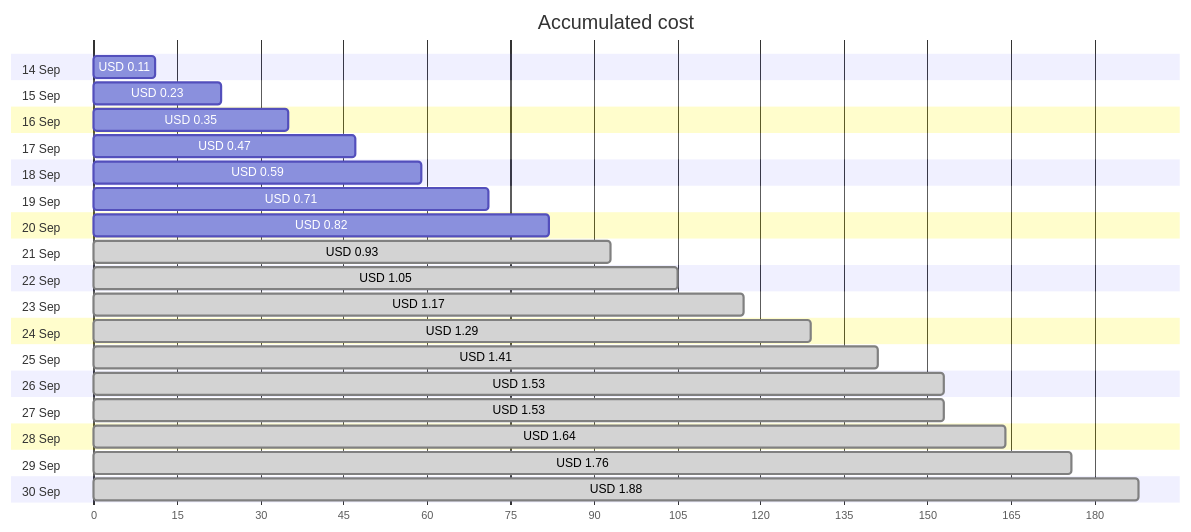
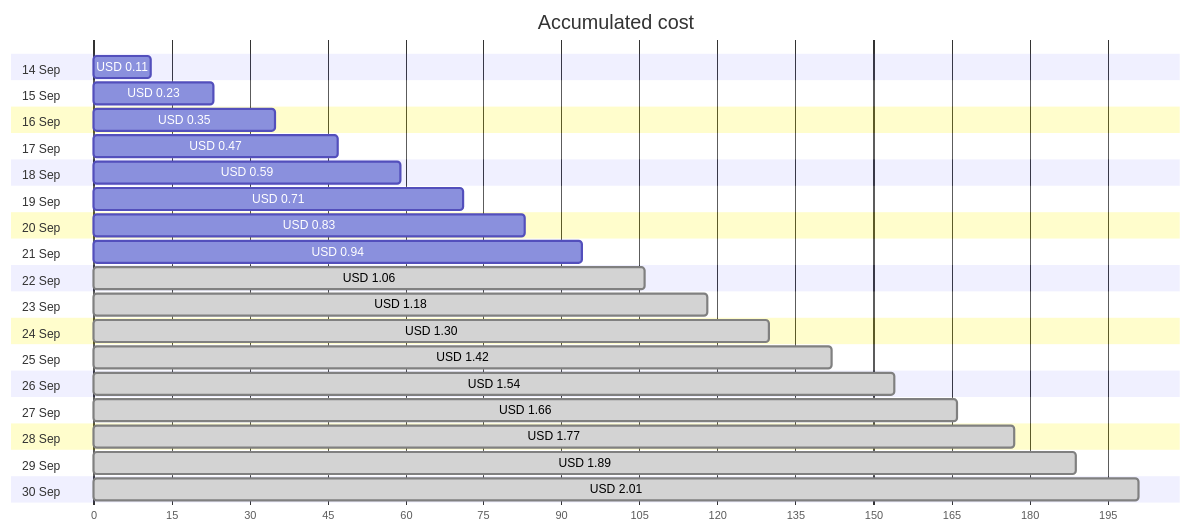
The first of 4 diagrams in cost-reports/personal-network/backup-server-public-ip.md (jpfulton/azure-personal-reports), drawn with Mermaid before and after one commit. The commit also changed other lines of this file and 9 other files, not shown here.

````diff
--- a/cost-reports/personal-network/backup-server-public-ip.md
+++ b/cost-reports/personal-network/backup-server-public-ip.md
@@ -20,40 +20,40 @@
 ```mermaid
 gantt
    title Accumulated cost
    dateFormat  X
    axisFormat %s
    section 14 Sep
    USD 0.11 :0, 11
    section 15 Sep
    USD 0.23 :0, 23
    section 16 Sep
    USD 0.35 :0, 35
    section 17 Sep
    USD 0.47 :0, 47
    section 18 Sep
    USD 0.59 :0, 59
    section 19 Sep
    USD 0.71 :0, 71
    section 20 Sep
-   USD 0.82 :0, 82
+   USD 0.83 :0, 83
    section 21 Sep
-   USD 0.93 : done, 0, 93
+   USD 0.94 :0, 94
    section 22 Sep
-   USD 1.05 : done, 0, 105
+   USD 1.06 : done, 0, 106
    section 23 Sep
-   USD 1.17 : done, 0, 117
+   USD 1.18 : done, 0, 118
    section 24 Sep
-   USD 1.29 : done, 0, 129
+   USD 1.30 : done, 0, 130
    section 25 Sep
-   USD 1.41 : done, 0, 141
+   USD 1.42 : done, 0, 142
    section 26 Sep
-   USD 1.53 : done, 0, 153
+   USD 1.54 : done, 0, 154
    section 27 Sep
-   USD 1.53 : done, 0, 153
+   USD 1.66 : done, 0, 166
    section 28 Sep
-   USD 1.64 : done, 0, 164
+   USD 1.77 : done, 0, 177
    section 29 Sep
-   USD 1.76 : done, 0, 176
+   USD 1.89 : done, 0, 189
    section 30 Sep
-   USD 1.88 : done, 0, 188
+   USD 2.01 : done, 0, 201
 ```
````
